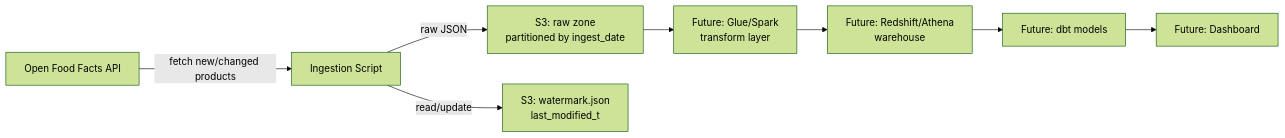
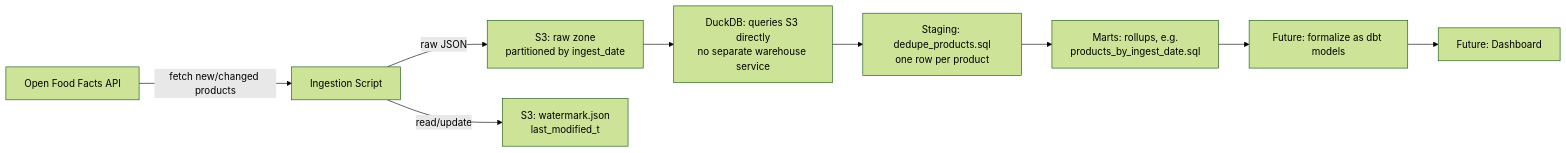
The diagram in src/pipeline/docs/design.md (lemuelhmgs12/openfoodfacts-data-pipeline), drawn with Mermaid (forest theme) before and after one commit. The commit also changed other lines of this file, not shown here.

Commit message:
Update architecture diagram: DuckDB replaces Glue/Redshift/Athena

````diff
--- a/src/pipeline/docs/design.md
+++ b/src/pipeline/docs/design.md
@@ -18,10 +18,11 @@
 ```mermaid
 flowchart LR
     A[Open Food Facts API] -->|fetch new/changed products| B[Ingestion Script]
     B -->|raw JSON| C[S3: raw zone<br/>partitioned by ingest_date]
     B -->|read/update| D[S3: watermark.json<br/>last_modified_t]
-    C --> E[Future: Glue/Spark<br/>transform layer]
-    E --> F[Future: Redshift/Athena<br/>warehouse]
-    F --> G[Future: dbt models]
-    G --> H[Future: Dashboard]
+    C --> E[DuckDB: queries S3 directly<br/>no separate warehouse service]
+    E --> F[Staging: dedupe_products.sql<br/>one row per product]
+    F --> G[Marts: rollups, e.g.<br/>products_by_ingest_date.sql]
+    G --> H[Future: formalize as dbt models]
+    H --> I[Future: Dashboard]
 ```
````
